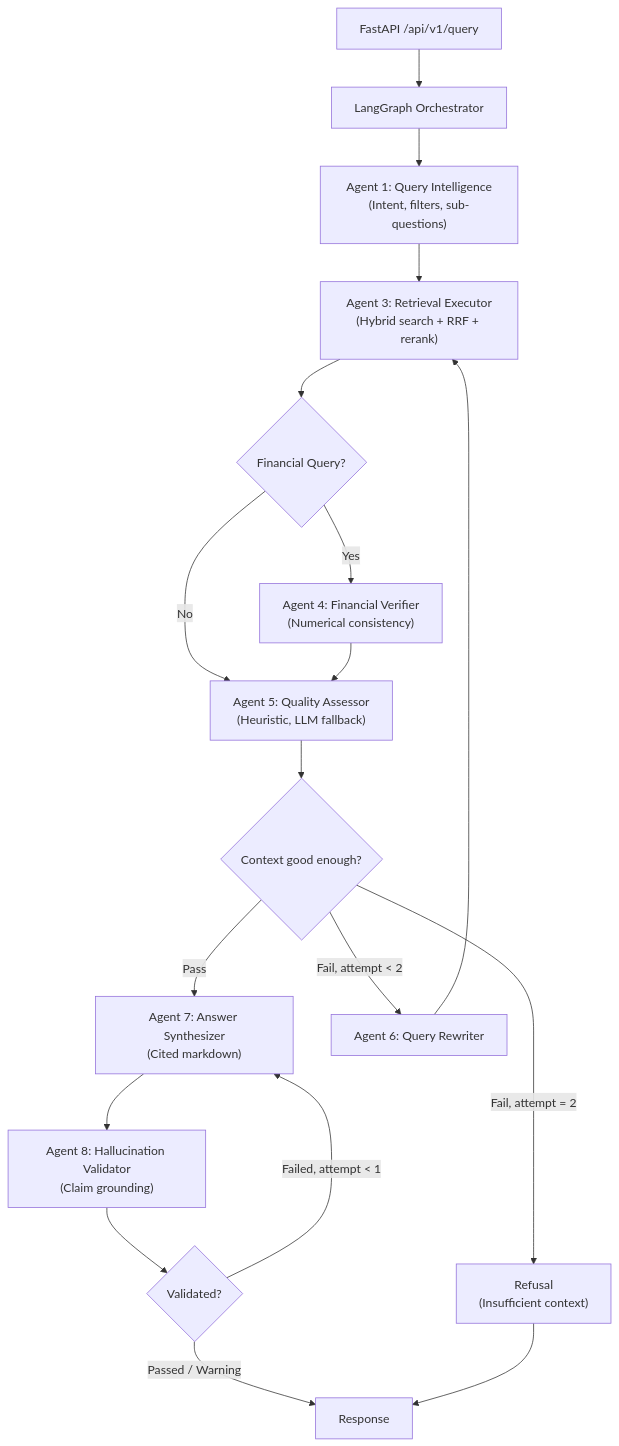
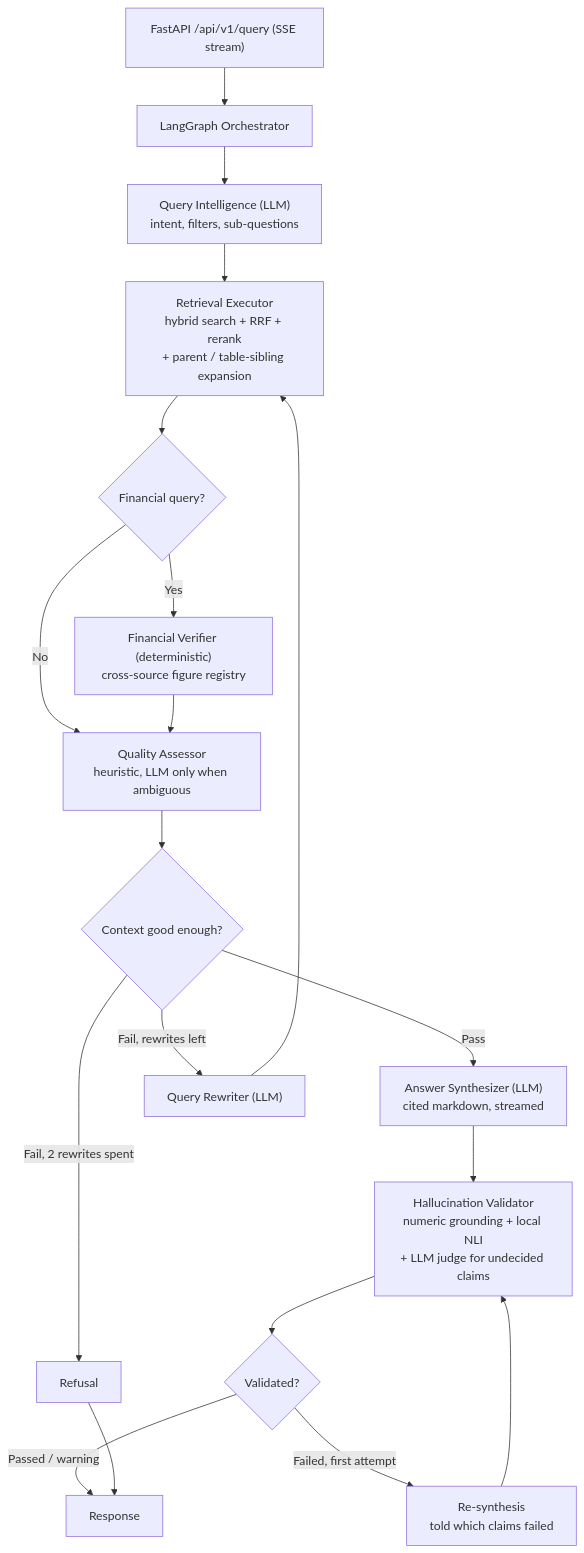
One commit to Makilesh/ma-diligence-rag-engine changed the diagram in README.md. Above: the diagram before and after it, drawn with Mermaid. The commit also changed other lines of this file and 13 other files, not shown here.

First line of the commit message:
Refactor retrieval executor and strategy to remove reranker threshold

````diff
--- a/README.md
+++ b/README.md
@@ -48,20 +49,21 @@
 ```mermaid
 graph TD
-    A["FastAPI /api/v1/query"] --> B["LangGraph Orchestrator"]
-    B --> C["Agent 1: Query Intelligence<br/>(Intent, filters, sub-questions)"]
-    C --> E["Agent 3: Retrieval Executor<br/>(Hybrid search + RRF + rerank)"]
-    E --> F{"Financial Query?"}
-    F -->|Yes| G["Agent 4: Financial Verifier<br/>(Numerical consistency)"]
-    F -->|No| H["Agent 5: Quality Assessor<br/>(Heuristic, LLM fallback)"]
+    A["FastAPI /api/v1/query (SSE stream)"] --> B["LangGraph Orchestrator"]
+    B --> C["Query Intelligence (LLM)<br/>intent, filters, sub-questions"]
+    C --> E["Retrieval Executor<br/>hybrid search + RRF + rerank<br/>+ parent / table-sibling expansion"]
+    E --> F{"Financial query?"}
+    F -->|Yes| G["Financial Verifier (deterministic)<br/>cross-source figure registry"]
+    F -->|No| H["Quality Assessor<br/>heuristic, LLM only when ambiguous"]
     G --> H
     H --> I{"Context good enough?"}
-    I -->|"Pass"| J["Agent 7: Answer Synthesizer<br/>(Cited markdown)"]
-    I -->|"Fail, attempt < 2"| K["Agent 6: Query Rewriter"]
-    I -->|"Fail, attempt = 2"| L["Refusal<br/>(Insufficient context)"]
+    I -->|Pass| J["Answer Synthesizer (LLM)<br/>cited markdown, streamed"]
+    I -->|"Fail, rewrites left"| K["Query Rewriter (LLM)"]
+    I -->|"Fail, 2 rewrites spent"| L["Refusal"]
     K --> E
-    J --> M["Agent 8: Hallucination Validator<br/>(Claim grounding)"]
+    J --> M["Hallucination Validator<br/>numeric grounding + local NLI<br/>+ LLM judge for undecided claims"]
     M --> N{"Validated?"}
-    N -->|Passed / Warning| O["Response"]
-    N -->|Failed, attempt < 1| J
+    N -->|"Passed / warning"| O["Response"]
+    N -->|"Failed, first attempt"| J2["Re-synthesis<br/>told which claims failed"]
+    J2 --> M
     L --> O
 ```
````
